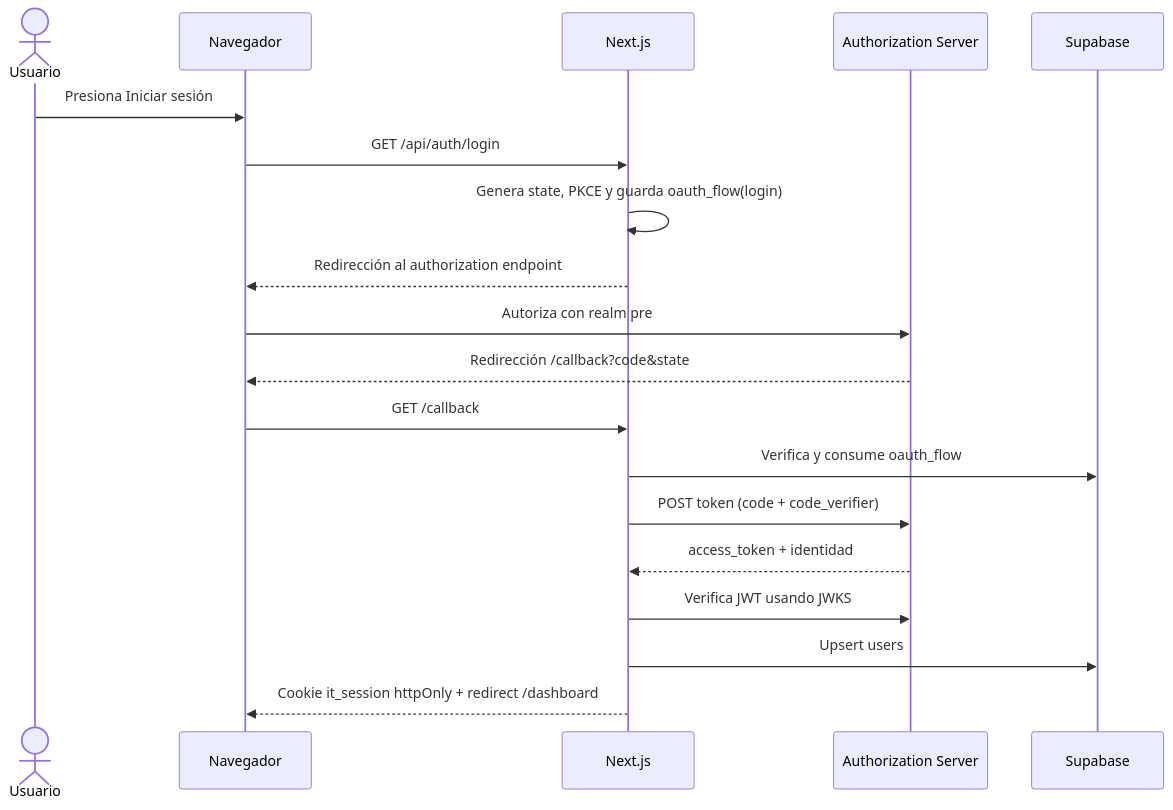
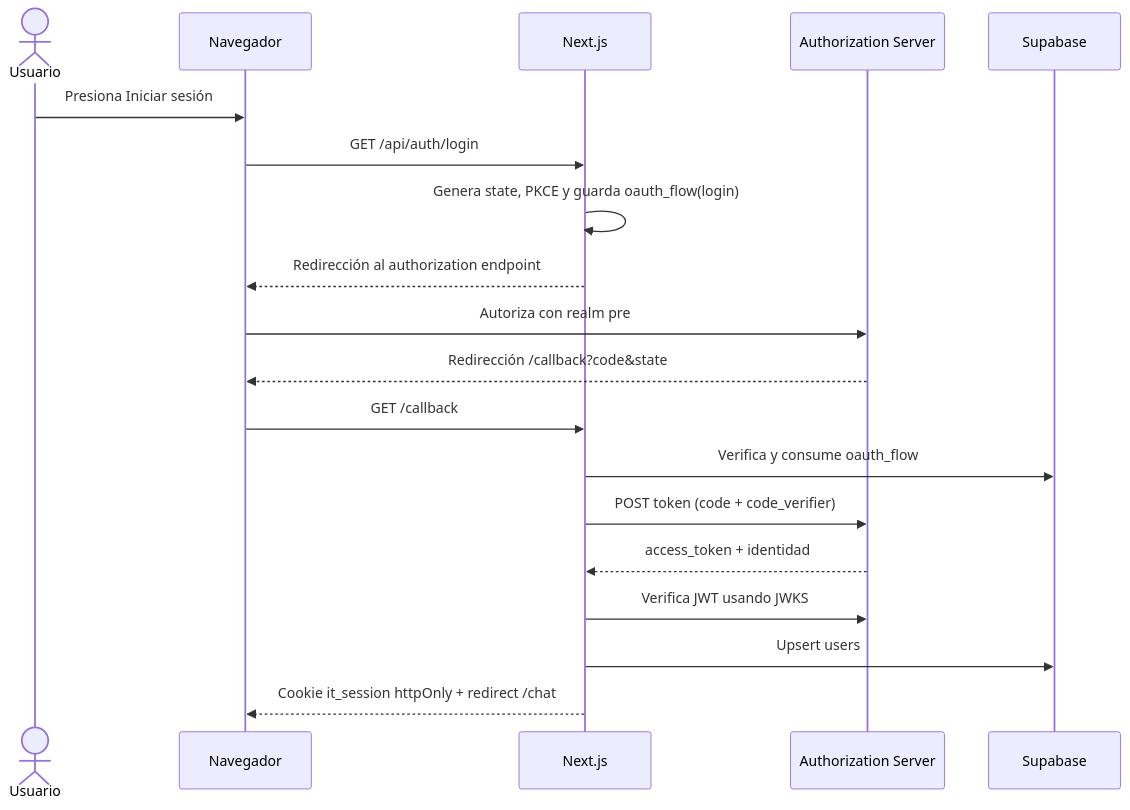
Before and after one commit to mtombolini/integratrip-mcp-client: the third of 6 diagrams in docs/architecture.md, drawn with Mermaid. The commit also changed 1 other file, not shown here.

Commit message:
Fix logout redirect after POST

````diff
--- a/docs/architecture.md
+++ b/docs/architecture.md
@@ -118,22 +118,22 @@
 ```mermaid
 sequenceDiagram
     actor U as Usuario
     participant B as Navegador
     participant A as Next.js
     participant AS as Authorization Server
     participant DB as Supabase
 
     U->>B: Presiona Iniciar sesión
     B->>A: GET /api/auth/login
     A->>A: Genera state, PKCE y guarda oauth_flow(login)
     A-->>B: Redirección al authorization endpoint
     B->>AS: Autoriza con realm pre
     AS-->>B: Redirección /callback?code&state
     B->>A: GET /callback
     A->>DB: Verifica y consume oauth_flow
     A->>AS: POST token (code + code_verifier)
     AS-->>A: access_token + identidad
     A->>AS: Verifica JWT usando JWKS
     A->>DB: Upsert users
-    A-->>B: Cookie it_session httpOnly + redirect /dashboard
+    A-->>B: Cookie it_session httpOnly + redirect /chat
 ```
````
